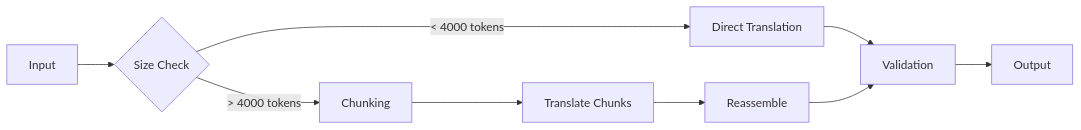
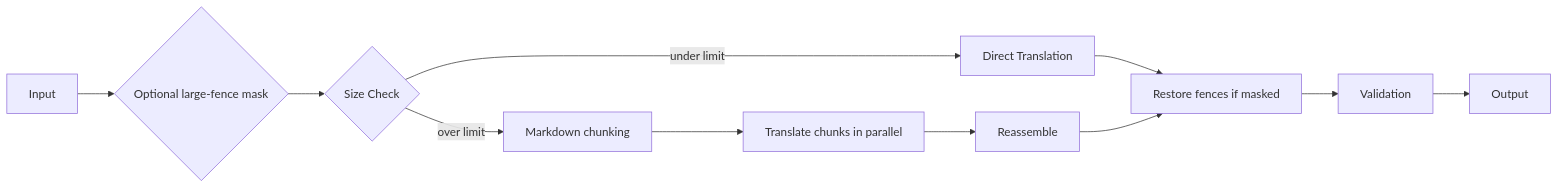
Before and after one commit to NivaldoFarias/translate-react: the third of 3 diagrams in docs/ARCHITECTURE.md, drawn with Mermaid. The commit also changed other lines of this file and 12 other files, not shown here.

First line of the commit message:
feat(services): add optional masking for large fenced code blocks

````diff
--- a/docs/ARCHITECTURE.md
+++ b/docs/ARCHITECTURE.md
@@ -139,11 +139,13 @@
 ```mermaid
 graph LR
-    A[Input] --> B{Size Check}
-    B -->|< 4000 tokens| C[Direct Translation]
-    B -->|> 4000 tokens| D[Chunking]
-    D --> E[Translate Chunks]
-    E --> F[Reassemble]
-    C --> G[Validation]
-    F --> G
-    G --> H[Output]
+    A[Input] --> B{Optional large-fence mask}
+    B --> C{Size Check}
+    C -->|under limit| D[Direct Translation]
+    C -->|over limit| E[Markdown chunking]
+    E --> F[Translate chunks in parallel]
+    F --> G[Reassemble]
+    D --> H[Restore fences if masked]
+    G --> H
+    H --> I[Validation]
+    I --> J[Output]
 ```
````
